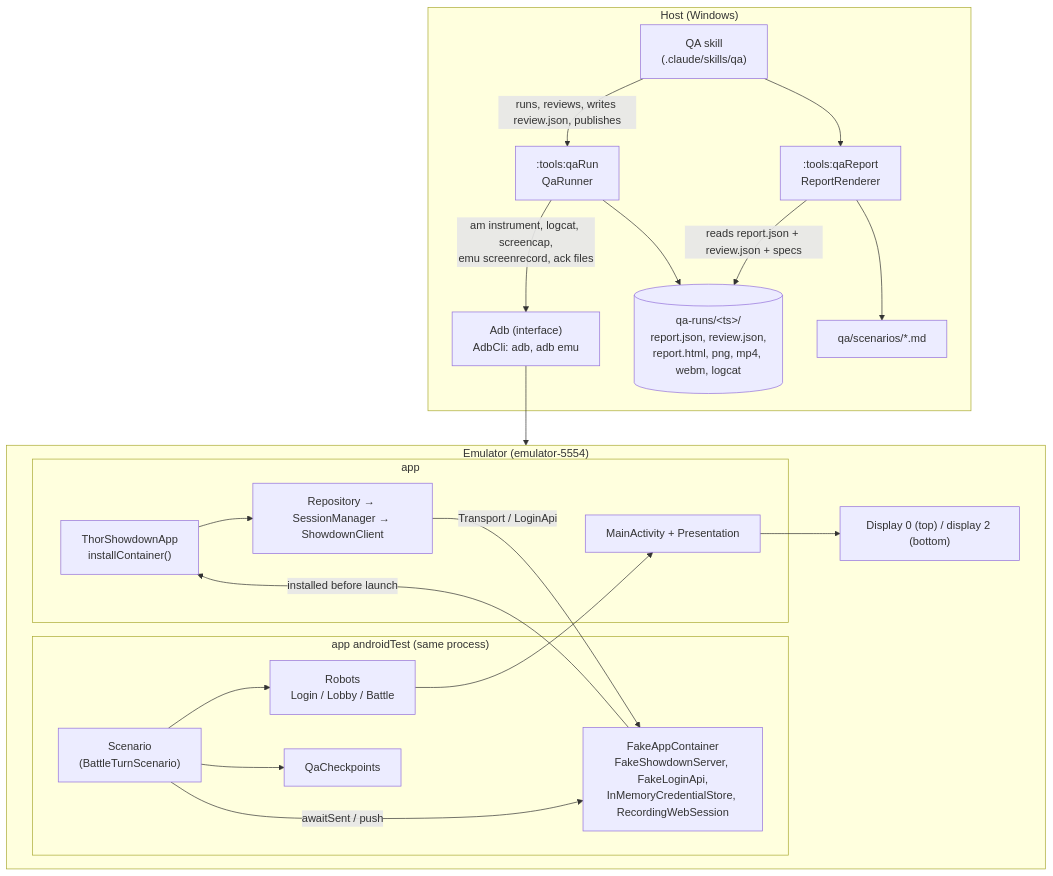
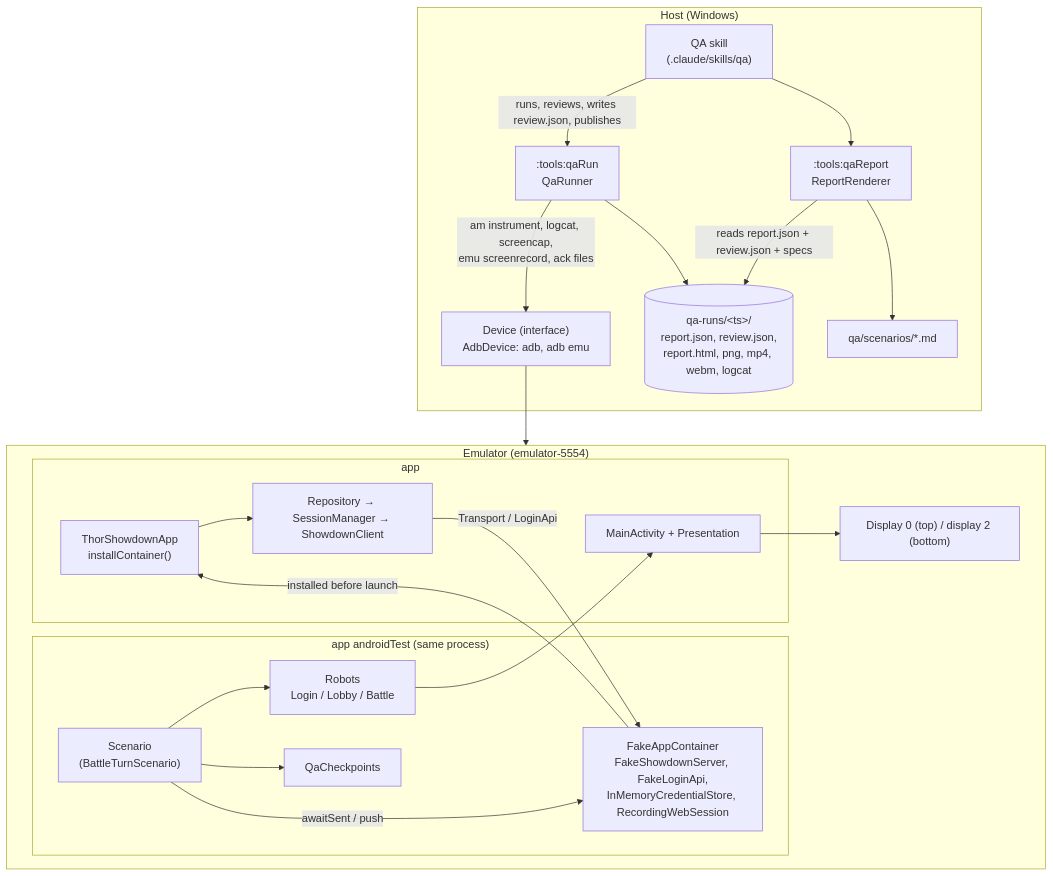
The first of 3 diagrams in context/design/workflow_tests.md (jaydenfont/ThorShowdown), drawn with Mermaid before and after one commit. The commit also changed other lines of this file and 4 other files, not shown here.

````diff
--- a/context/design/workflow_tests.md
+++ b/context/design/workflow_tests.md
@@ -44,41 +44,41 @@
 ```mermaid
 flowchart TB
     subgraph host ["Host (Windows)"]
         Skill["QA skill<br/>(.claude/skills/qa)"]
         Run[":tools:qaRun<br/>QaRunner"]
         Rep[":tools:qaReport<br/>ReportRenderer"]
-        Adb["Adb (interface)<br/>AdbCli: adb, adb emu"]
+        Adb["Device (interface)<br/>AdbDevice: adb, adb emu"]
         Out[("qa-runs/&lt;ts&gt;/<br/>report.json, review.json,<br/>report.html, png, mp4, webm, logcat")]
         Specs["qa/scenarios/*.md"]
     end
 
     subgraph emu ["Emulator (emulator-5554)"]
         subgraph test ["app androidTest (same process)"]
             Sc["Scenario<br/>(BattleTurnScenario)"]
             Rob["Robots<br/>Login / Lobby / Battle"]
             QA["QaCheckpoints"]
             FC["FakeAppContainer<br/>FakeShowdownServer, FakeLoginApi,<br/>InMemoryCredentialStore, RecordingWebSession"]
         end
         subgraph app ["app"]
             App["ThorShowdownApp<br/>installContainer()"]
             MA["MainActivity + Presentation"]
             Repo["Repository → SessionManager → ShowdownClient"]
         end
         Disp["Display 0 (top) / display 2 (bottom)"]
     end
 
     Skill -- "runs, reviews, writes review.json, publishes" --> Run
     Skill --> Rep
     Run -- "am instrument, logcat, screencap,<br/>emu screenrecord, ack files" --> Adb
     Adb --> emu
     Run --> Out
     Rep -- "reads report.json + review.json + specs" --> Out
     Rep --> Specs
     Sc --> Rob --> MA
     Sc -- "awaitSent / push" --> FC
     Sc --> QA
     FC -- "installed before launch" --> App
     App --> Repo
     Repo -- "Transport / LoginApi" --> FC
     MA --> Disp
 ```
````
